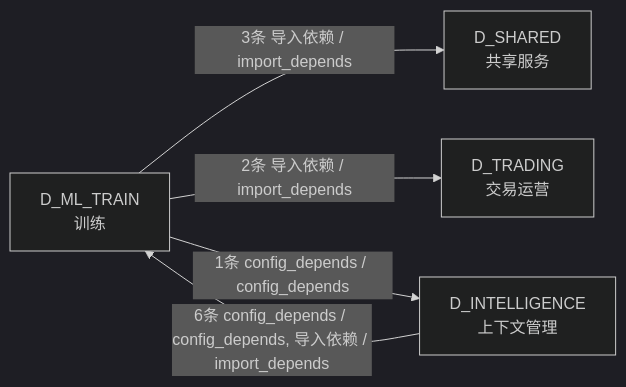
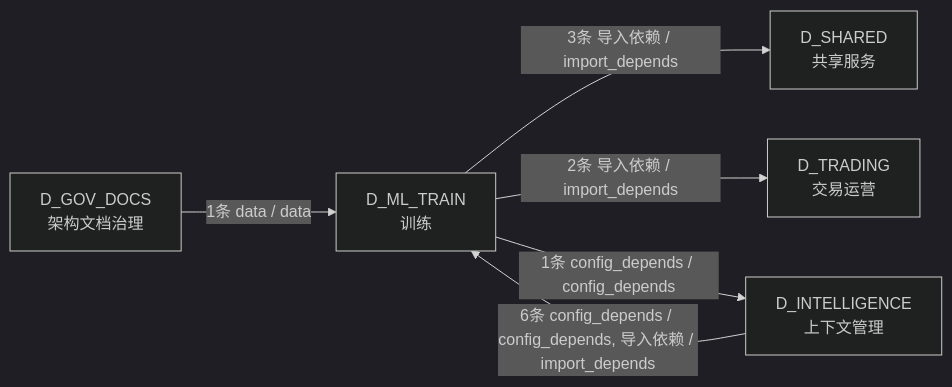
The fourth of 4 diagrams in docs/02_enterprise_architecture/02_domain_architecture_docs/50_d_ml_train.md (xuanFelixVan/ZephyrAlpha), drawn with Mermaid (dark theme) before and after one commit. The commit also changed other lines of this file and 126 other files, not shown here.

````diff
--- a/docs/02_enterprise_architecture/02_domain_architecture_docs/50_d_ml_train.md
+++ b/docs/02_enterprise_architecture/02_domain_architecture_docs/50_d_ml_train.md
@@ -201,11 +207,13 @@
 ```mermaid
 graph LR
     D_ML_TRAIN["D_ML_TRAIN<br/>训练"]
     D_SHARED["D_SHARED<br/>共享服务"]
     D_TRADING["D_TRADING<br/>交易运营"]
     D_INTELLIGENCE["D_INTELLIGENCE<br/>上下文管理"]
+    D_GOV_DOCS["D_GOV_DOCS<br/>架构文档治理"]
     D_ML_TRAIN -->|3条 导入依赖 / import_depends| D_SHARED
     D_ML_TRAIN -->|2条 导入依赖 / import_depends| D_TRADING
     D_ML_TRAIN -->|1条 config_depends / config_depends| D_INTELLIGENCE
     D_INTELLIGENCE -->|6条 config_depends / config_depends, 导入依赖 / import_depends| D_ML_TRAIN
+    D_GOV_DOCS -->|1条 data / data| D_ML_TRAIN
 ```
````
